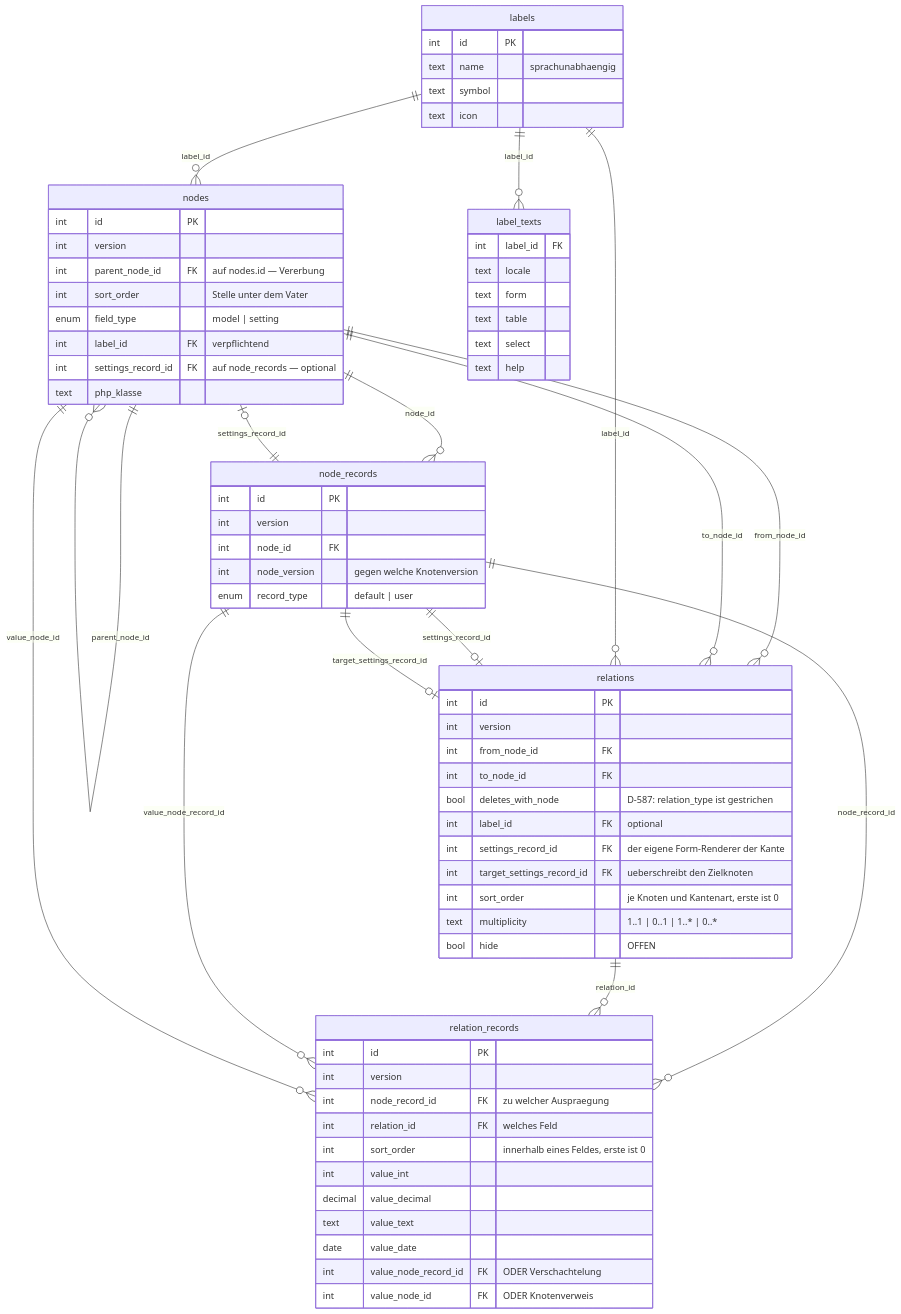
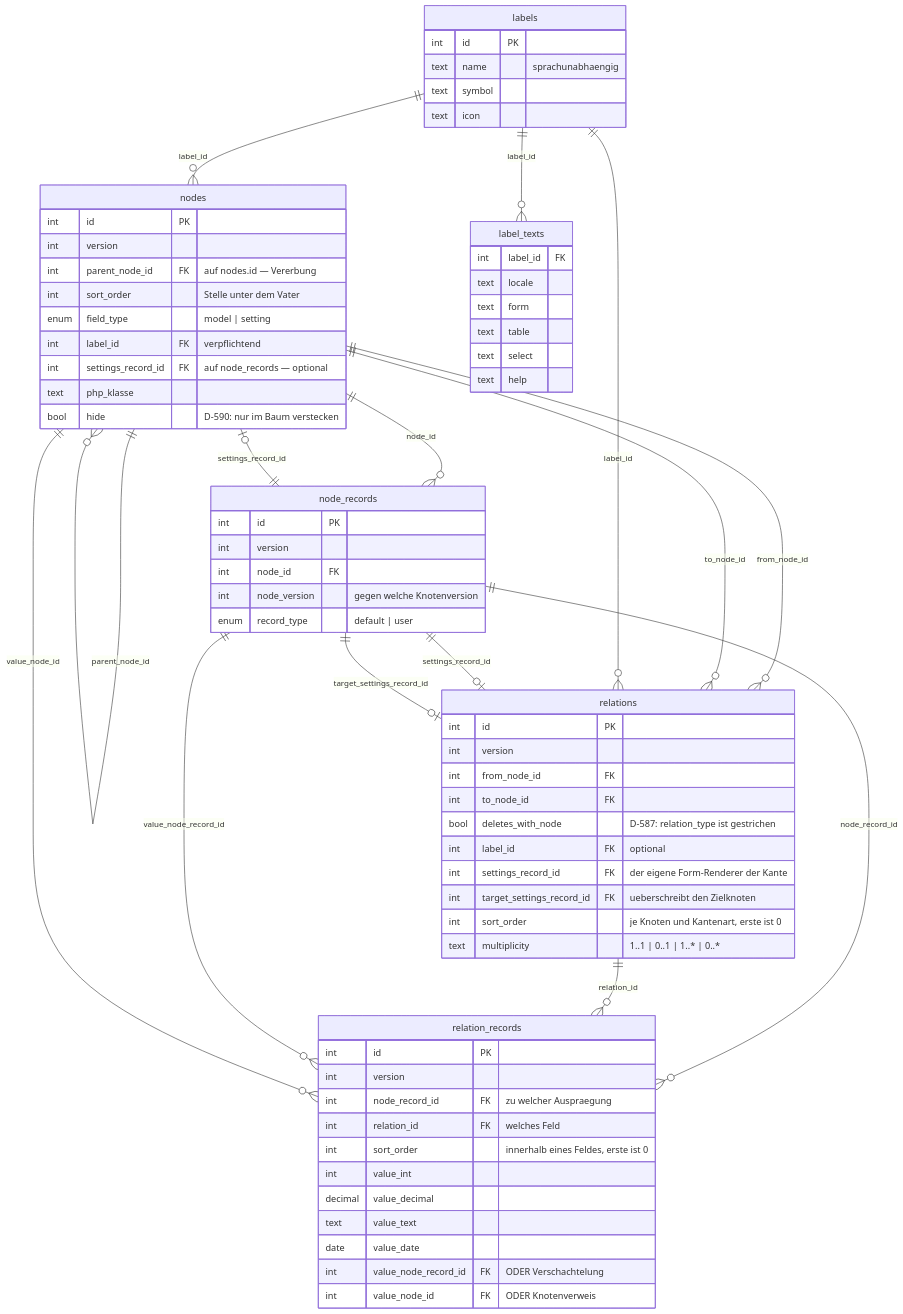
The diagram in docs/pakete/modelltabellen/schema-diagramm.md (sfambach/wp-taxonomy-modeler), drawn with Mermaid before and after one commit. The commit also changed other lines of this file and 3 other files, not shown here.

First line of the commit message:
hide teilt sich - Baum am Knoten, Feld am Renderer

````diff
--- a/docs/pakete/modelltabellen/schema-diagramm.md
+++ b/docs/pakete/modelltabellen/schema-diagramm.md
@@ -6,80 +6,80 @@
 ```mermaid
 erDiagram
     nodes {
         int  id PK
         int  version
         int  parent_node_id FK "auf nodes.id — Vererbung"
         int  sort_order     "Stelle unter dem Vater"
         enum field_type     "model | setting"
         int  label_id       FK "verpflichtend"
         int  settings_record_id FK "auf node_records — optional"
         text php_klasse
+        bool hide "D-590: nur im Baum verstecken"
     }
 
     relations {
         int  id PK
         int  version
         int  from_node_id FK
         int  to_node_id   FK
         bool deletes_with_node "D-587: relation_type ist gestrichen"
         int  label_id      FK "optional"
         int  settings_record_id FK "der eigene Form-Renderer der Kante"
         int  target_settings_record_id FK "ueberschreibt den Zielknoten"
         int  sort_order    "je Knoten und Kantenart, erste ist 0"
         text multiplicity  "1..1 | 0..1 | 1..* | 0..*"
-        bool hide          "OFFEN"
     }
 
     node_records {
         int  id PK
         int  version
         int  node_id FK
         int  node_version "gegen welche Knotenversion"
         enum record_type  "default | user"
     }
 
     relation_records {
         int     id PK
         int     version
         int     node_record_id FK "zu welcher Auspraegung"
         int     relation_id    FK "welches Feld"
         int     sort_order        "innerhalb eines Feldes, erste ist 0"
         int     value_int
         decimal value_decimal
         text    value_text
         date    value_date
         int     value_node_record_id FK "ODER Verschachtelung"
         int     value_node_id        FK "ODER Knotenverweis"
     }
 
     labels {
         int  id PK
         text name   "sprachunabhaengig"
         text symbol
         text icon
     }
 
     label_texts {
         int  label_id FK
         text locale
         text form
         text table
         text select
         text help
     }
 
     nodes            ||--o{ nodes            : "parent_node_id"
     nodes            ||--o{ relations        : "from_node_id"
     nodes            ||--o{ relations        : "to_node_id"
     nodes            ||--o{ node_records     : "node_id"
     labels           ||--o{ nodes            : "label_id"
     labels           ||--o{ relations        : "label_id"
     labels           ||--o{ label_texts      : "label_id"
     node_records     ||--o{ relation_records : "node_record_id"
     relations        ||--o{ relation_records : "relation_id"
     node_records     ||--o| nodes            : "settings_record_id"
     node_records     ||--o| relations        : "settings_record_id"
     node_records     ||--o| relations        : "target_settings_record_id"
     node_records     ||--o{ relation_records : "value_node_record_id"
     nodes            ||--o{ relation_records : "value_node_id"
 ```
````
